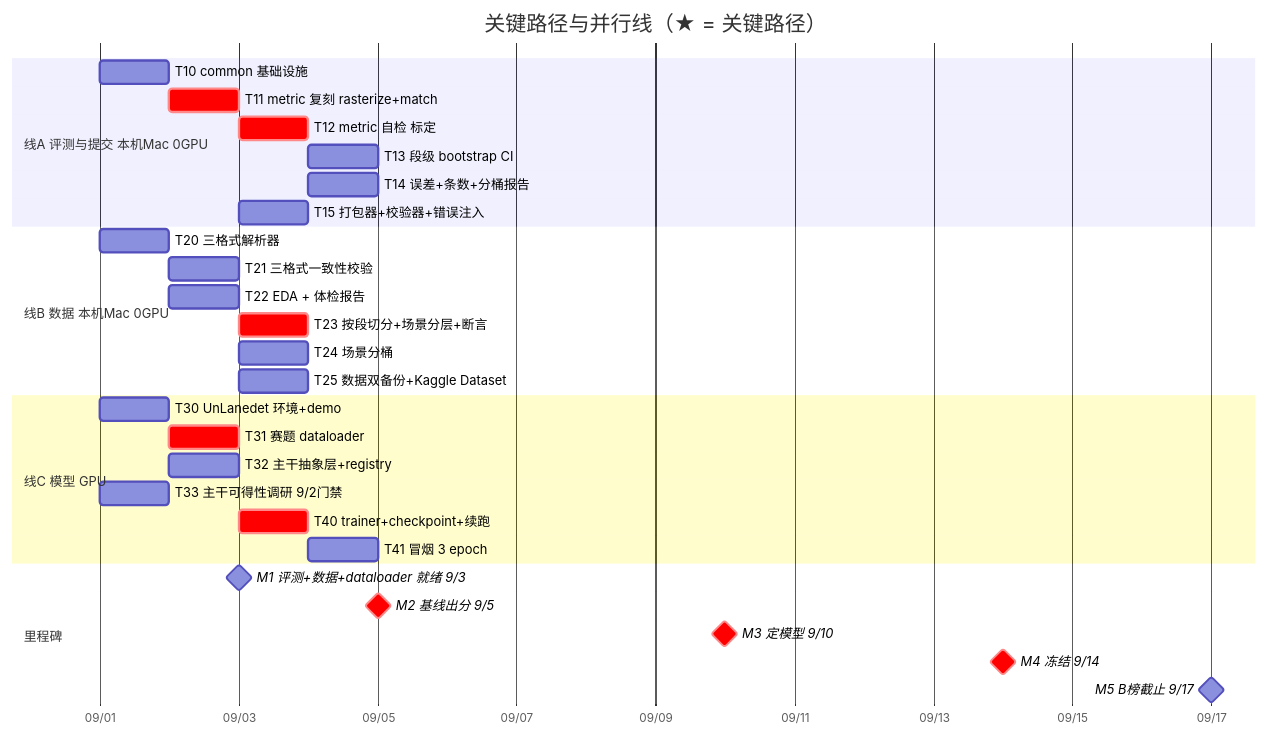
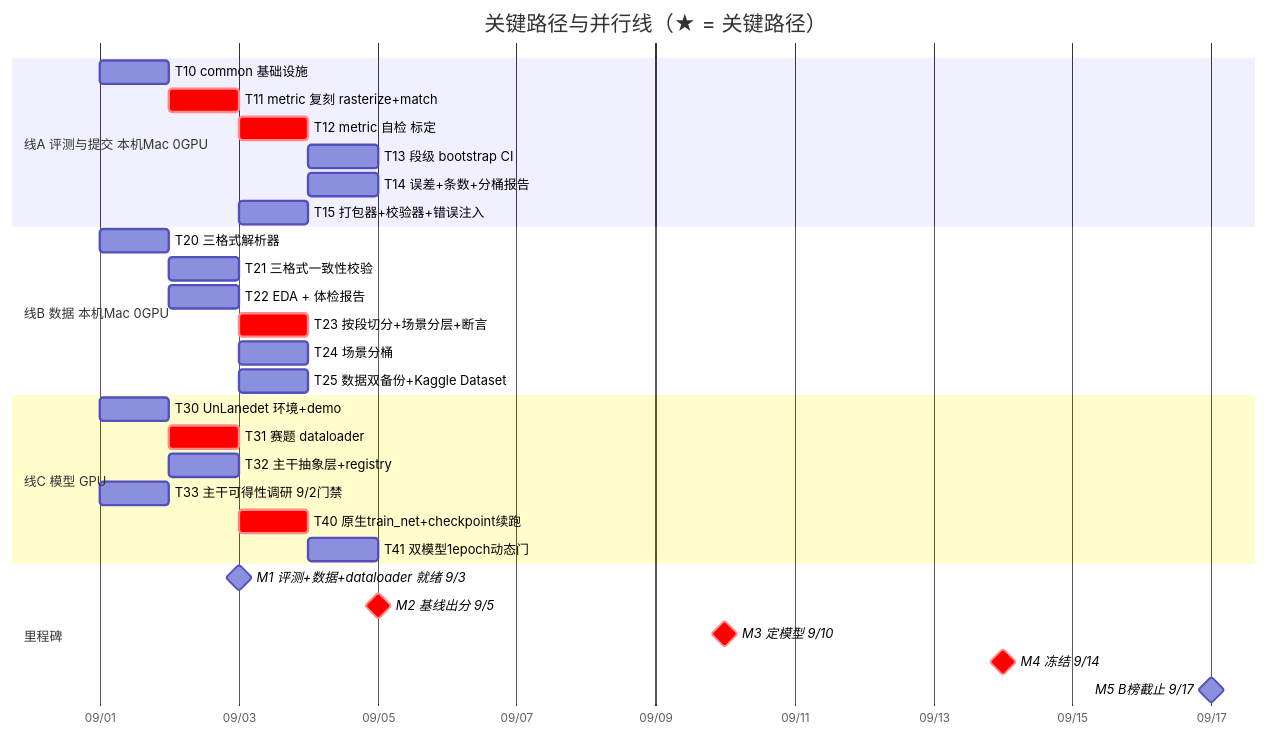
One commit to poncioponcho/lane-detection-challenge changed the sixth of 6 diagrams in docs/ARCHITECTURE.md. Above: the diagram before and after it, drawn with Mermaid. The commit also changed other lines of this file and 63 other files, not shown here.

````diff
--- a/docs/ARCHITECTURE.md
+++ b/docs/ARCHITECTURE.md
@@ -1037,37 +1080,37 @@
 ```mermaid
 gantt
     dateFormat MM-DD
     axisFormat %m/%d
     title 关键路径与并行线（★ = 关键路径）
 
     section 线A 评测与提交 本机Mac 0GPU
     T10 common 基础设施          :a1, 09-01, 1d
     T11 metric 复刻 rasterize+match :crit, a2, after a1, 1d
     T12 metric 自检 标定           :crit, a3, after a2, 0.5d
     T13 段级 bootstrap CI          :a4, after a3, 0.5d
     T14 误差+条数+分桶报告          :a5, after a3, 1d
     T15 打包器+校验器+错误注入       :a6, after a2, 1d
 
     section 线B 数据 本机Mac 0GPU
     T20 三格式解析器               :b1, 09-01, 1d
     T21 三格式一致性校验            :b2, after b1, 0.5d
     T22 EDA + 体检报告             :b3, after b1, 1d
     T23 按段切分+场景分层+断言       :crit, b4, after b2, 0.5d
     T24 场景分桶                   :b5, after b3, 0.5d
     T25 数据双备份+Kaggle Dataset   :b6, after b2, 0.5d
 
     section 线C 模型 GPU
     T30 UnLanedet 环境+demo        :c1, 09-01, 1d
     T31 赛题 dataloader            :crit, c2, after c1, 1d
     T32 主干抽象层+registry         :c3, after c1, 1d
     T33 主干可得性调研 9/2门禁       :c4, 09-01, 1d
-    T40 trainer+checkpoint+续跑     :crit, c5, after c2, 1d
-    T41 冒烟 3 epoch               :c6, after c5, 0.5d
+    T40 原生train_net+checkpoint续跑 :crit, c5, after c2, 1d
+    T41 双模型1epoch动态门          :c6, after c5, 0.5d
 
     section 里程碑
     M1 评测+数据+dataloader 就绪 9/3 :milestone, m1, 09-03, 0d
     M2 基线出分 9/5                 :crit, milestone, m2, 09-05, 0d
     M3 定模型 9/10                 :crit, milestone, m3, 09-10, 0d
     M4 冻结 9/14                   :crit, milestone, m4, 09-14, 0d
     M5 B榜截止 9/17                :milestone, m5, 09-17, 0d
 ```
````
